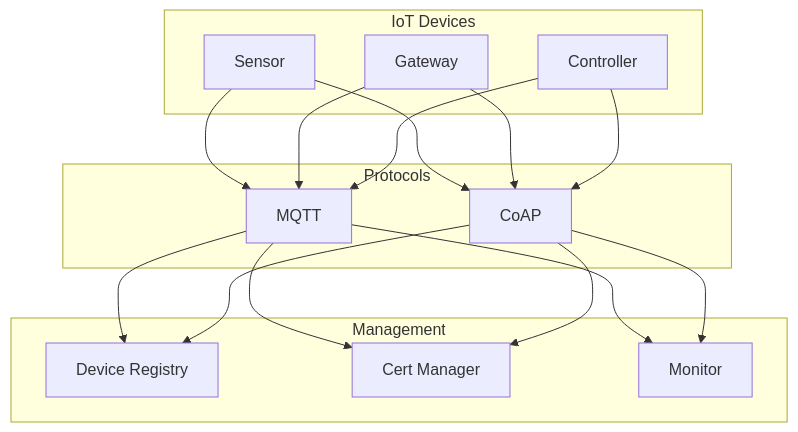
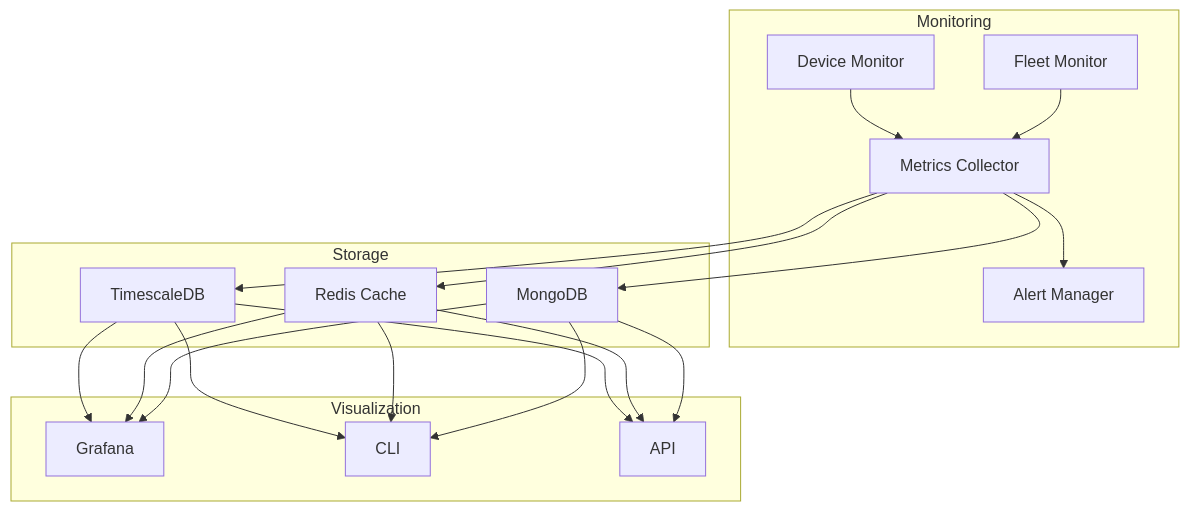
One commit to nabz0r/universal-ssl-validator changed the diagram in README.md. Above: the diagram before and after it, drawn with Mermaid. The commit also changed other lines of this file, not shown here.

Commit message:
docs: Add monitoring section to README while preserving existing content

````diff
--- a/README.md
+++ b/README.md
@@ -93,22 +12,26 @@
 ```mermaid
-flowchart TB
-    subgraph IoT Devices
-        D1[Sensor]
-        D2[Gateway]
-        D3[Controller]
+graph TB
+    subgraph Monitoring
+        M1[Device Monitor]
+        M2[Fleet Monitor]
+        M3[Metrics Collector]
+        M4[Alert Manager]
     end
 
-    subgraph Protocols
-        P1[MQTT]
-        P2[CoAP]
+    subgraph Storage
+        S1[TimescaleDB]
+        S2[Redis Cache]
+        S3[MongoDB]
     end
 
-    subgraph Management
-        M1[Device Registry]
-        M2[Cert Manager]
-        M3[Monitor]
+    subgraph Visualization
+        V1[Grafana]
+        V2[CLI]
+        V3[API]
     end
 
-    D1 & D2 & D3 --> P1 & P2
-    P1 & P2 --> M1 & M2 & M3
+    M1 & M2 --> M3
+    M3 --> M4
+    M3 --> S1 & S2 & S3
+    S1 & S2 & S3 --> V1 & V2 & V3
 ```
````
